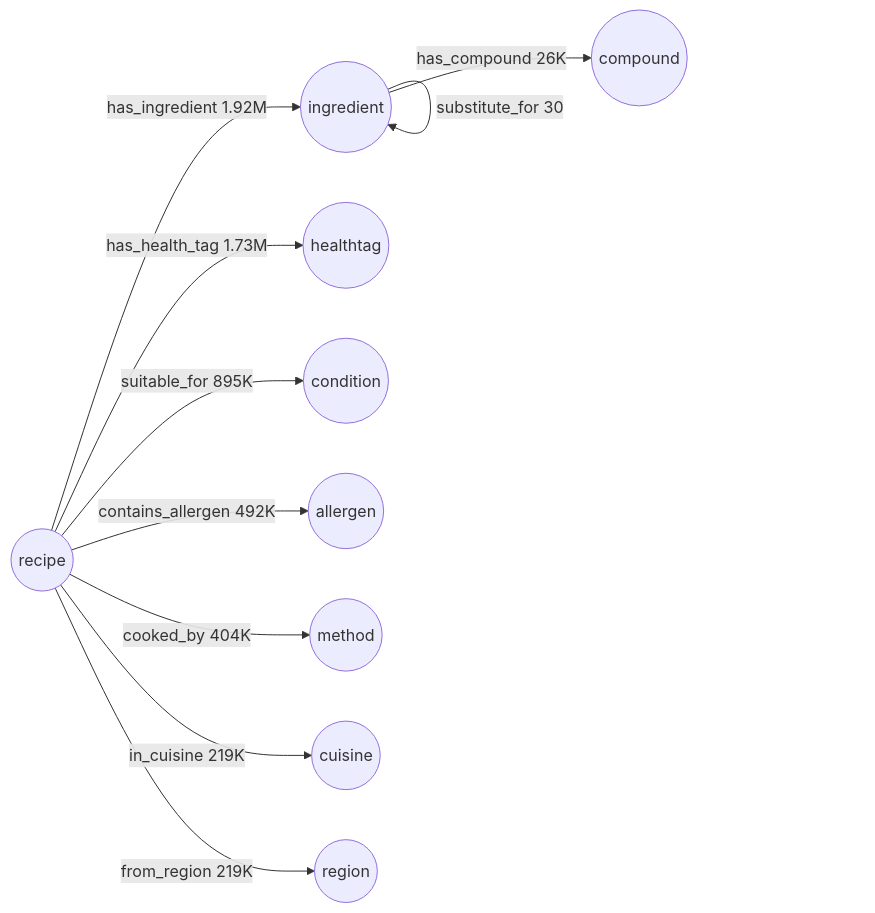
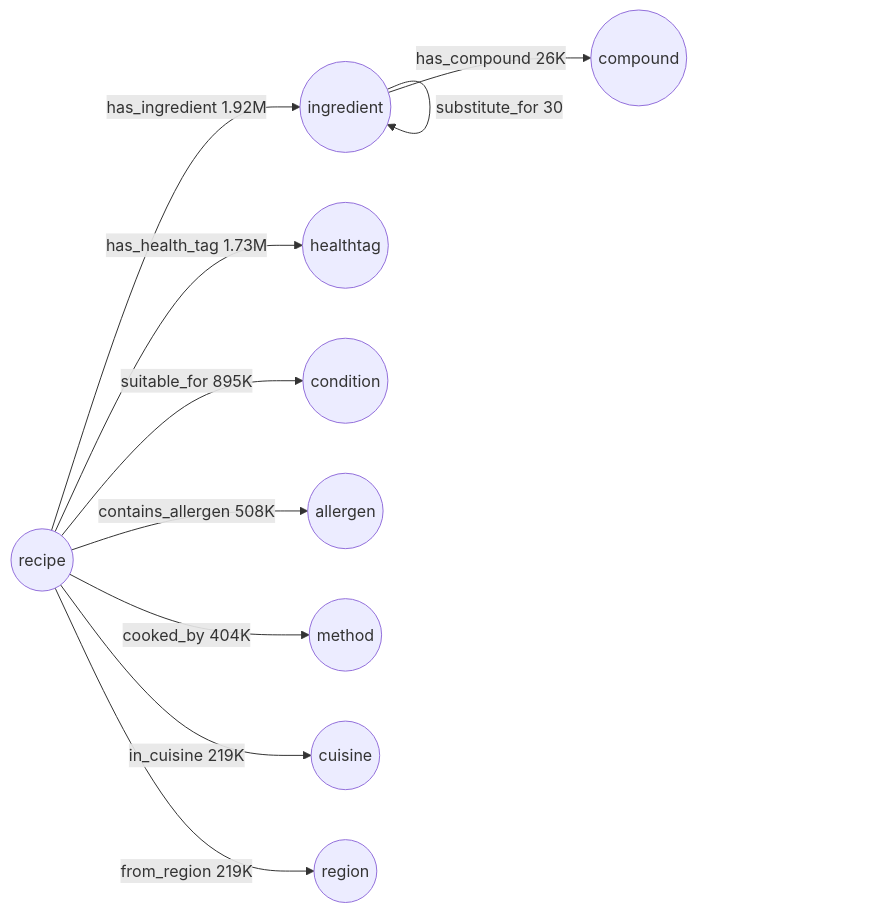
One commit to Poshaka-Research-Lab/IndicRecipeNutri-dataset changed the second of 2 diagrams in README.md. Above: the diagram before and after it, drawn with Mermaid. The commit also changed other lines of this file and 48 other files, not shown here.

````diff
--- a/README.md
+++ b/README.md
@@ -323,13 +323,13 @@
 ```mermaid
 graph LR
     R((recipe)) -->|has_ingredient 1.92M| I((ingredient))
     R -->|has_health_tag 1.73M| H((healthtag))
     R -->|suitable_for 895K| D((condition))
-    R -->|contains_allergen 492K| A((allergen))
+    R -->|contains_allergen 508K| A((allergen))
     R -->|cooked_by 404K| M((method))
     R -->|in_cuisine 219K| C((cuisine))
     R -->|from_region 219K| G((region))
     I -->|has_compound 26K| P((compound))
     I -->|pairs_with 3.3K| I
     I -->|substitute_for 30| I
 ```
````
